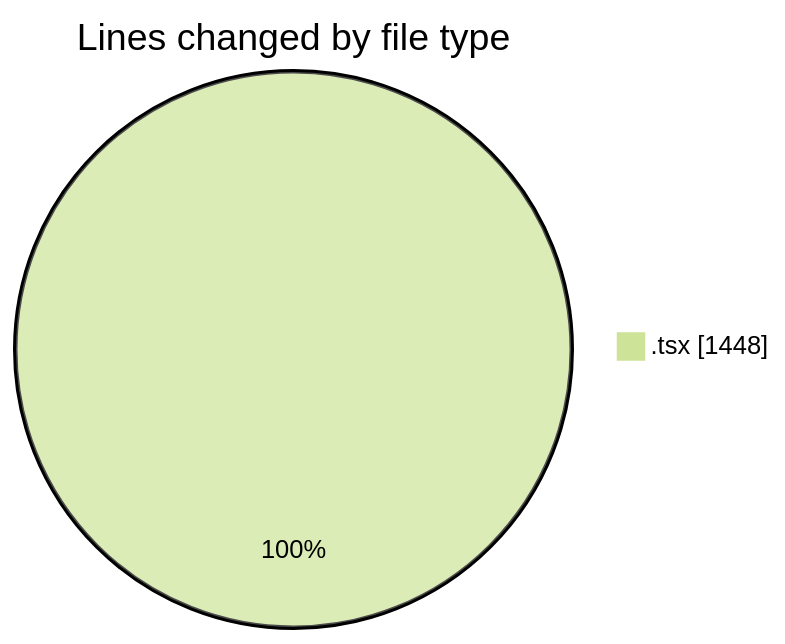
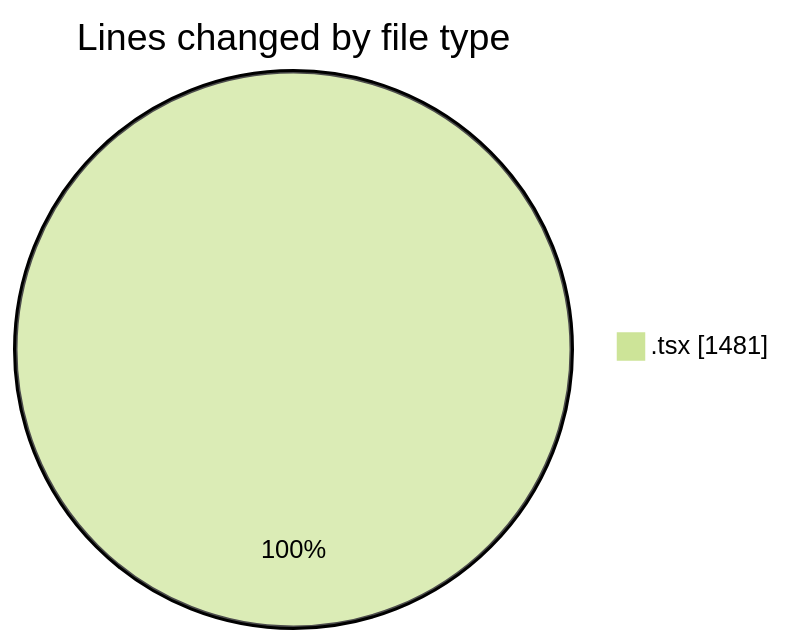
The first of 2 diagrams in 2026-10-20/cda/README.md (momahboobian/code-tracking), drawn with Mermaid (forest theme) before and after one commit. The commit also changed other lines of this file and 1 other file, not shown here.

````diff
--- a/2026-10-20/cda/README.md
+++ b/2026-10-20/cda/README.md
@@ -23,5 +23,5 @@
 ```mermaid
 pie showData
 title Lines changed by file type
-".tsx" : 1448
+".tsx" : 1481
 ```
````
